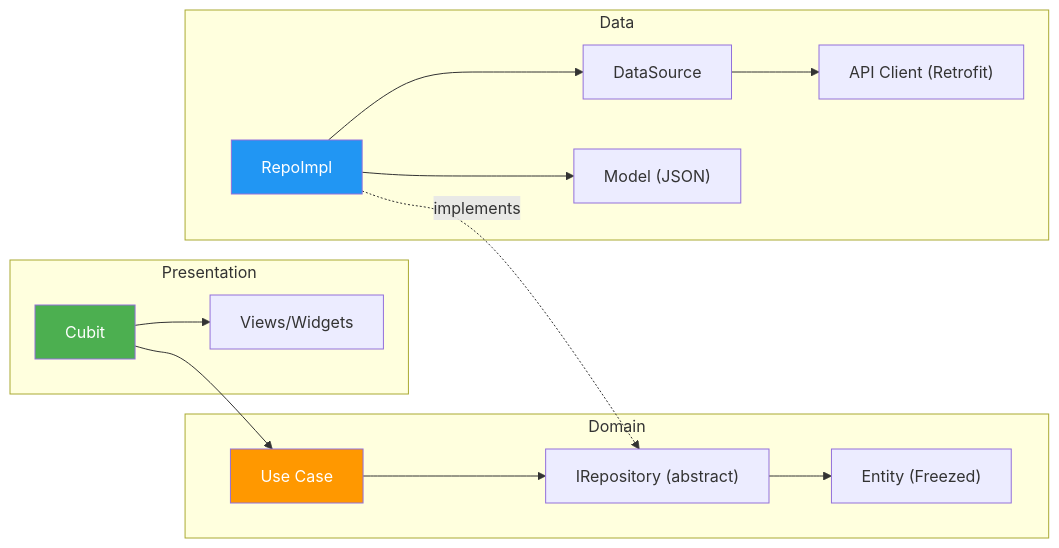
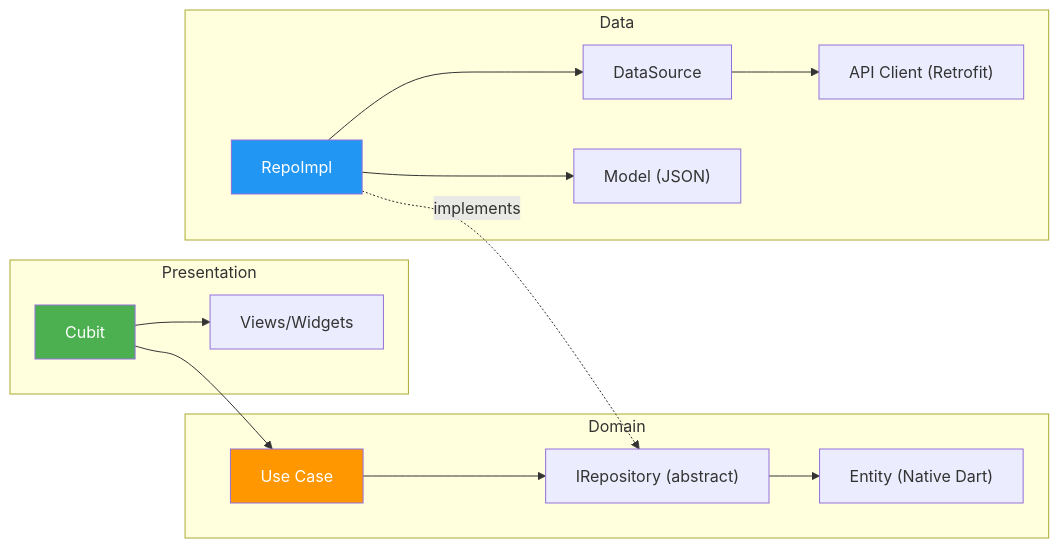
Before and after one commit to Korya0/Sana: the first of 3 diagrams in PROJECT_CONTEXT.md, drawn with Mermaid. The commit also changed other lines of this file and 3 other files, not shown here.

````diff
--- a/PROJECT_CONTEXT.md
+++ b/PROJECT_CONTEXT.md
@@ -262,21 +262,21 @@
 ```mermaid
 graph LR
     subgraph Presentation
         A[Cubit] --> B[Views/Widgets]
     end
     subgraph Domain
         C[Use Case] --> D["IRepository (abstract)"]
-        D --> E["Entity (Freezed)"]
+        D --> E["Entity (Native Dart)"]
     end
     subgraph Data
         F["RepoImpl"] --> G[DataSource]
         F --> H["Model (JSON)"]
         G --> I["API Client (Retrofit)"]
     end
     A --> C
     F -.->|implements| D
 
     style A fill:#4CAF50,color:#fff
     style C fill:#FF9800,color:#fff
     style F fill:#2196F3,color:#fff
 ```
````
